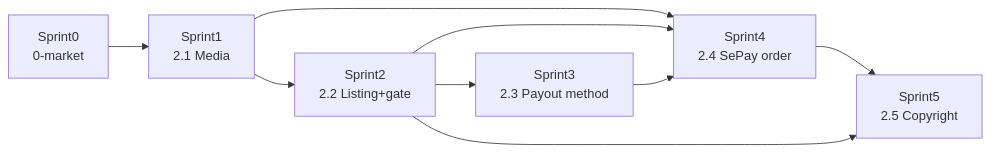
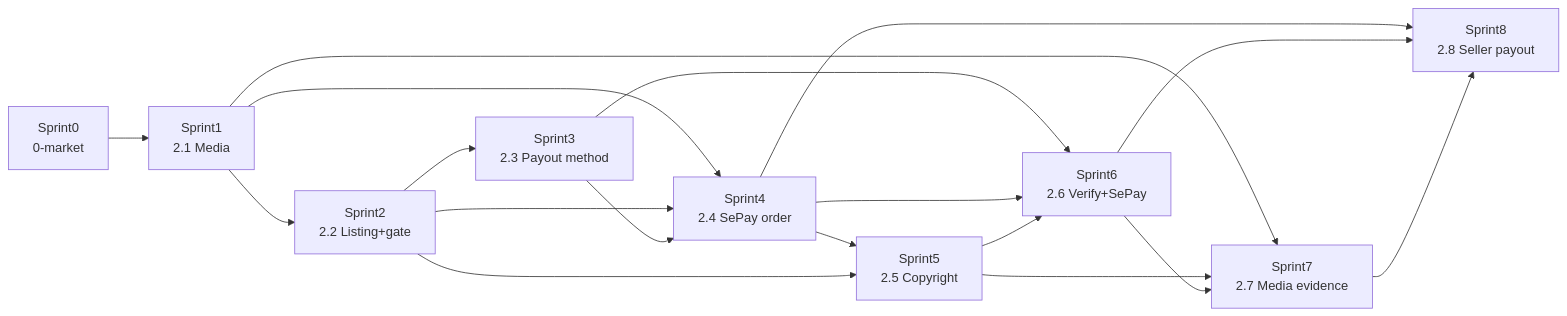
One commit to ThietVoTran324/art-marketplace-jobmarket-platform changed the diagram in docs/Planing_docs/marketplace/sprint_map.md. Above: the diagram before and after it, drawn with Mermaid. The commit also changed other lines of this file and 140 other files, not shown here.

````diff
--- a/docs/Planing_docs/marketplace/sprint_map.md
+++ b/docs/Planing_docs/marketplace/sprint_map.md
@@ -22,11 +25,20 @@
 ```mermaid
 flowchart LR
   S0["Sprint0\n0-market"] --> S1["Sprint1\n2.1 Media"]
   S1 --> S2["Sprint2\n2.2 Listing+gate"]
   S2 --> S3["Sprint3\n2.3 Payout method"]
   S1 --> S4["Sprint4\n2.4 SePay order"]
   S2 --> S4
   S3 --> S4
   S4 --> S5["Sprint5\n2.5 Copyright"]
   S2 --> S5
+  S3 --> S6["Sprint6\n2.6 Verify+SePay"]
+  S4 --> S6
+  S5 --> S6
+  S1 --> S7["Sprint7\n2.7 Media evidence"]
+  S5 --> S7
+  S6 --> S7
+  S4 --> S8["Sprint8\n2.8 Seller payout"]
+  S6 --> S8
+  S7 --> S8
 ```
````
